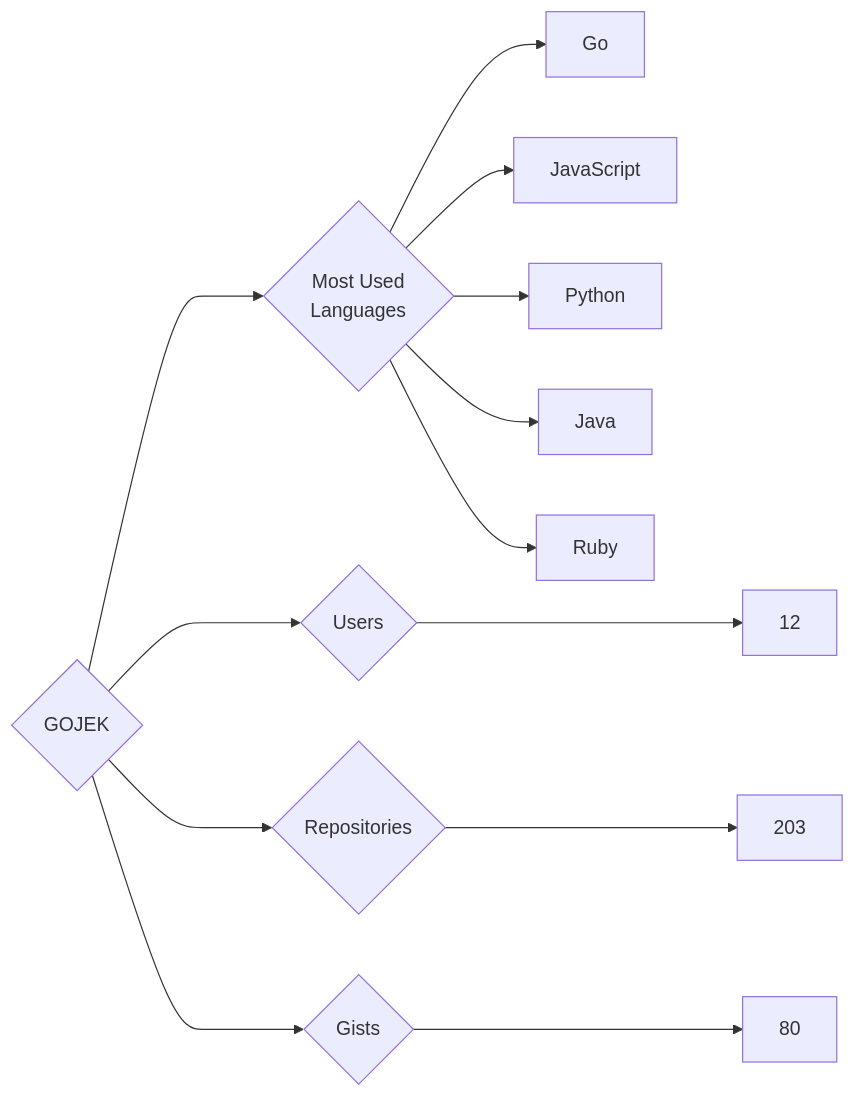
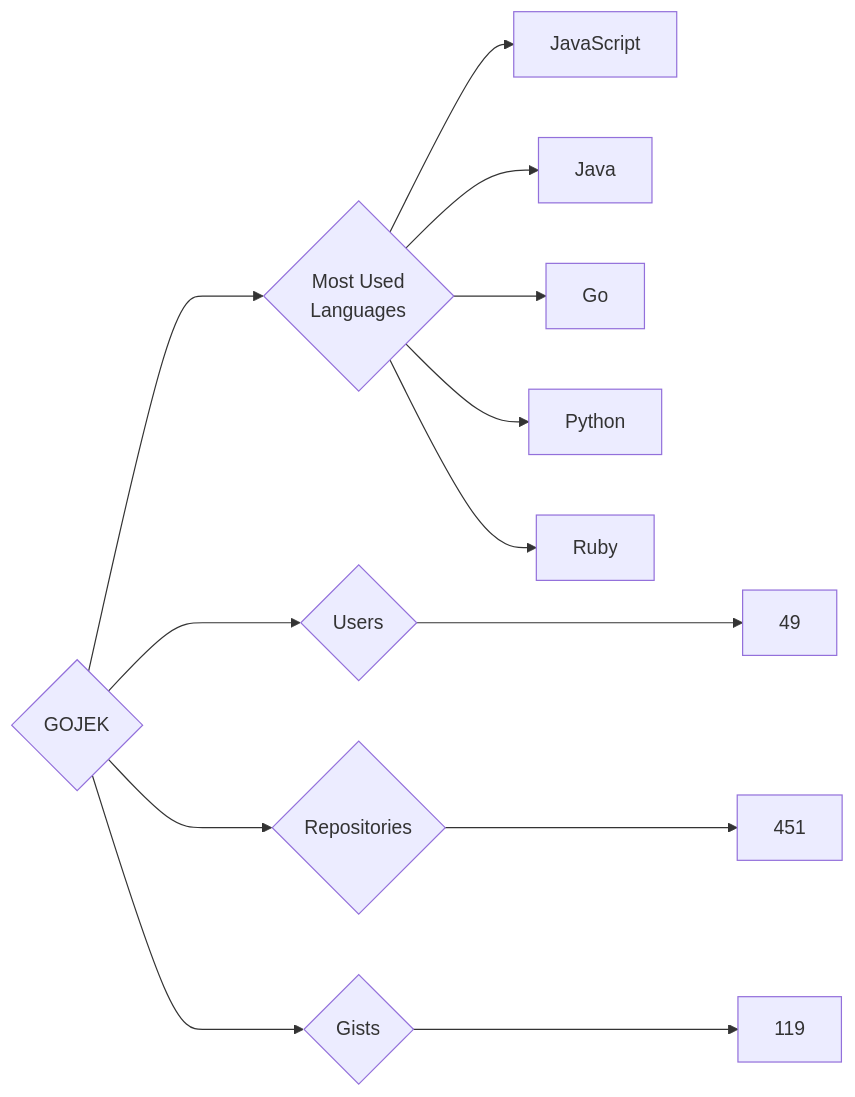
The diagram in targets/GOJEK/README.md (trickest/insiders), drawn with Mermaid before and after one commit. The commit also changed 639 other files, not shown here.

````diff
--- a/targets/GOJEK/README.md
+++ b/targets/GOJEK/README.md
@@ -3,13 +3,13 @@
 ```mermaid
 graph LR
 COMPANY_NAME{GOJEK}
-COMPANY_NAME ---> U{Users} ---> UN[12]
-COMPANY_NAME ---> R{Repositories} ---> RN[203]
-COMPANY_NAME ---> G{Gists} ---> GN[80]
+COMPANY_NAME ---> U{Users} ---> UN[49]
+COMPANY_NAME ---> R{Repositories} ---> RN[451]
+COMPANY_NAME ---> G{Gists} ---> GN[119]
 COMPANY_NAME ---> ML{Most Used<br>Languages}
+ML --> JavaScript[JavaScript]
+ML --> Java[Java]
 ML --> Go[Go]
-ML --> JavaScript[JavaScript]
 ML --> Python[Python]
-ML --> Java[Java]
 ML --> Ruby[Ruby]
 ```
````
